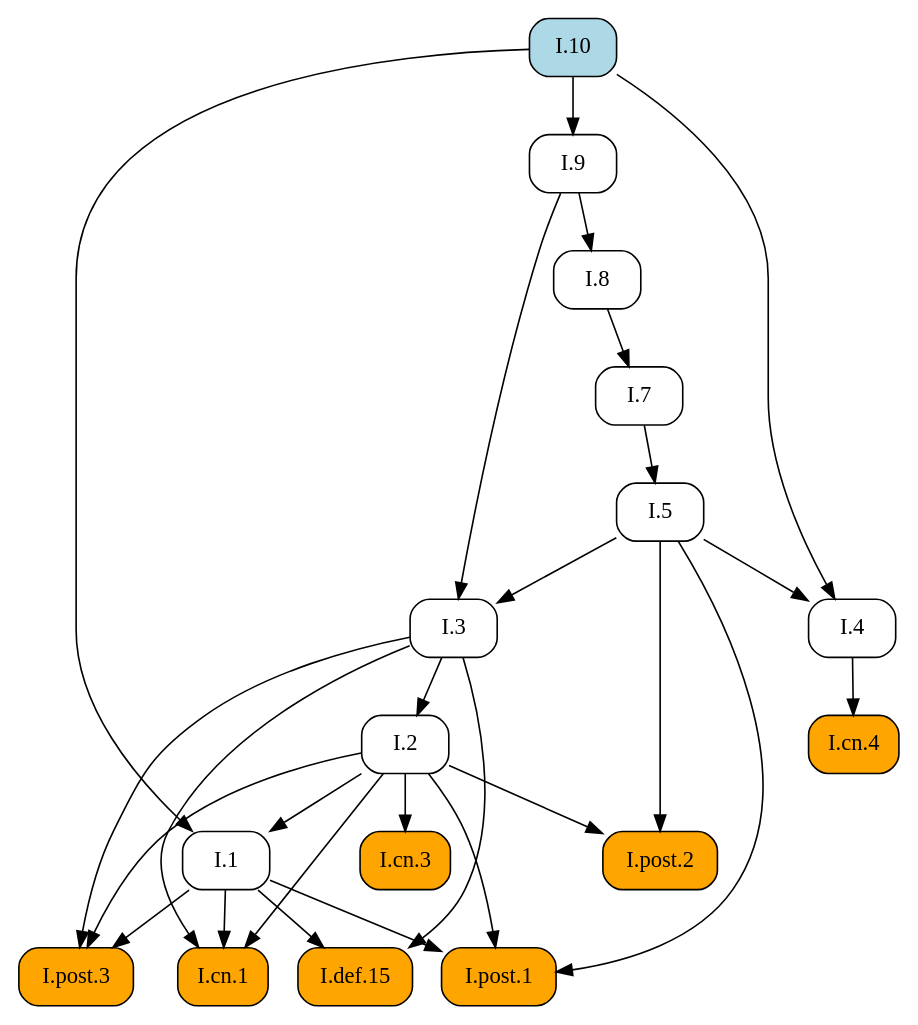
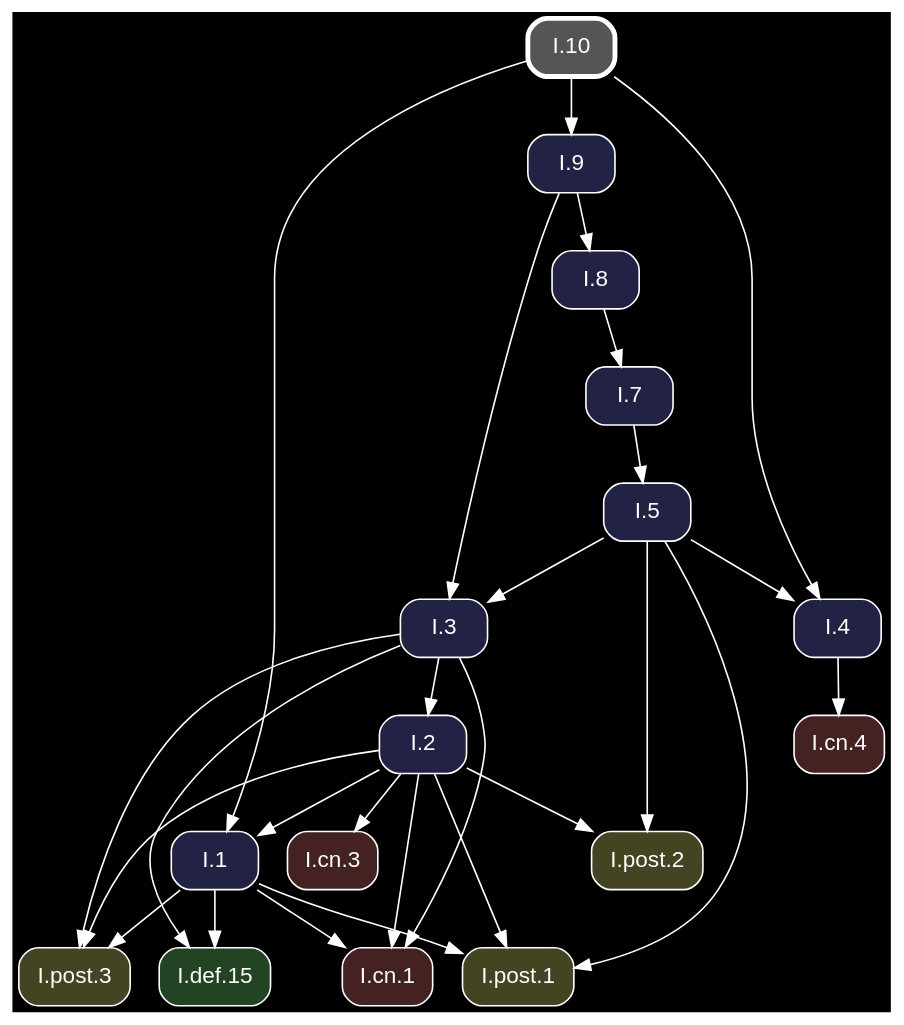
Before and after one commit to geometor/elements: the diagram in docsrc/heath/I/10/index.rst, drawn with Graphviz. The commit also changed other lines of this file and 1200 other files, not shown here.

Commit message:
update dependency graphs

```diff
--- a/docsrc/heath/I/10/index.rst
+++ b/docsrc/heath/I/10/index.rst
@@ -43,48 +43,50 @@
 .. graphviz::
 
    digraph {
+     bgcolor="black";
+     node [shape=box, style="rounded,filled", fontname="Helvetica", color="white", fontcolor="white"];
+     edge [color="white", fontcolor="white"];
      rankdir="TB";
-     node [shape=box, style=rounded];
-     "I.cn.1" [style="rounded,filled", fillcolor=orange, URL="/heath/I/cn.1/", target="_top"];
-     "I.9" [URL="/heath/I/9/", target="_top"];
-     "I.7" [URL="/heath/I/7/", target="_top"];
-     "I.2" [URL="/heath/I/2/", target="_top"];
-     "I.10" [style="rounded,filled", fillcolor=lightblue, URL="/heath/I/10/", target="_top"];
-     "I.def.15" [style="rounded,filled", fillcolor=orange, URL="/heath/I/def.15/", target="_top"];
-     "I.4" [URL="/heath/I/4/", target="_top"];
-     "I.cn.4" [style="rounded,filled", fillcolor=orange, URL="/heath/I/cn.4/", target="_top"];
-     "I.1" [URL="/heath/I/1/", target="_top"];
-     "I.post.3" [style="rounded,filled", fillcolor=orange, URL="/heath/I/post.3/", target="_top"];
-     "I.post.1" [style="rounded,filled", fillcolor=orange, URL="/heath/I/post.1/", target="_top"];
-     "I.8" [URL="/heath/I/8/", target="_top"];
-     "I.post.2" [style="rounded,filled", fillcolor=orange, URL="/heath/I/post.2/", target="_top"];
-     "I.5" [URL="/heath/I/5/", target="_top"];
-     "I.cn.3" [style="rounded,filled", fillcolor=orange, URL="/heath/I/cn.3/", target="_top"];
-     "I.3" [URL="/heath/I/3/", target="_top"];
+     "I.9" [fillcolor="#222244", URL="/heath/I/9/", target="_top"];
+     "I.1" [fillcolor="#222244", URL="/heath/I/1/", target="_top"];
+     "I.post.2" [fillcolor="#444422", URL="/heath/I/post.2/", target="_top"];
+     "I.3" [fillcolor="#222244", URL="/heath/I/3/", target="_top"];
+     "I.10" [penwidth=3, color="white", fillcolor="#555555", URL="/heath/I/10/", target="_top"];
+     "I.post.1" [fillcolor="#444422", URL="/heath/I/post.1/", target="_top"];
+     "I.cn.1" [fillcolor="#442222", URL="/heath/I/cn.1/", target="_top"];
+     "I.post.3" [fillcolor="#444422", URL="/heath/I/post.3/", target="_top"];
+     "I.4" [fillcolor="#222244", URL="/heath/I/4/", target="_top"];
+     "I.8" [fillcolor="#222244", URL="/heath/I/8/", target="_top"];
+     "I.cn.3" [fillcolor="#442222", URL="/heath/I/cn.3/", target="_top"];
+     "I.7" [fillcolor="#222244", URL="/heath/I/7/", target="_top"];
+     "I.def.15" [fillcolor="#224422", URL="/heath/I/def.15/", target="_top"];
+     "I.2" [fillcolor="#222244", URL="/heath/I/2/", target="_top"];
+     "I.5" [fillcolor="#222244", URL="/heath/I/5/", target="_top"];
+     "I.cn.4" [fillcolor="#442222", URL="/heath/I/cn.4/", target="_top"];
+     "I.10" -> "I.9";
+     "I.2" -> "I.1";
+     "I.10" -> "I.1";
+     "I.2" -> "I.post.2";
+     "I.5" -> "I.post.2";
+     "I.5" -> "I.3";
+     "I.9" -> "I.3";
+     "I.1" -> "I.post.1";
+     "I.2" -> "I.post.1";
+     "I.5" -> "I.post.1";
      "I.1" -> "I.cn.1";
      "I.2" -> "I.cn.1";
      "I.3" -> "I.cn.1";
-     "I.10" -> "I.9";
-     "I.8" -> "I.7";
-     "I.3" -> "I.2";
-     "I.1" -> "I.def.15";
-     "I.3" -> "I.def.15";
-     "I.5" -> "I.4";
-     "I.10" -> "I.4";
-     "I.4" -> "I.cn.4";
-     "I.2" -> "I.1";
-     "I.10" -> "I.1";
      "I.1" -> "I.post.3";
      "I.2" -> "I.post.3";
      "I.3" -> "I.post.3";
-     "I.1" -> "I.post.1";
-     "I.2" -> "I.post.1";
-     "I.5" -> "I.post.1";
+     "I.5" -> "I.4";
+     "I.10" -> "I.4";
      "I.9" -> "I.8";
-     "I.2" -> "I.post.2";
-     "I.5" -> "I.post.2";
+     "I.2" -> "I.cn.3";
+     "I.8" -> "I.7";
+     "I.1" -> "I.def.15";
+     "I.3" -> "I.def.15";
+     "I.3" -> "I.2";
      "I.7" -> "I.5";
-     "I.2" -> "I.cn.3";
-     "I.5" -> "I.3";
-     "I.9" -> "I.3";
+     "I.4" -> "I.cn.4";
    }
```
